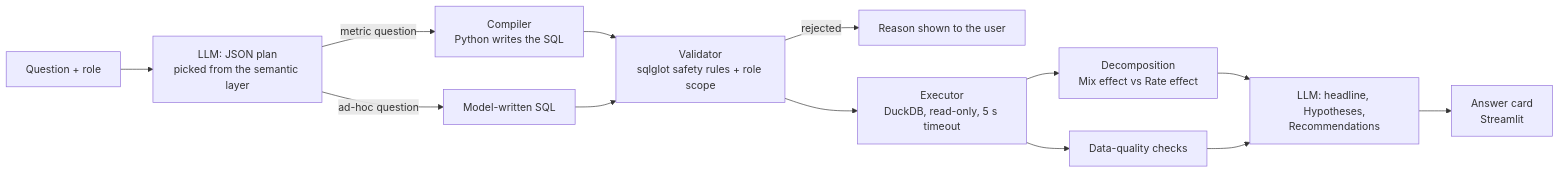
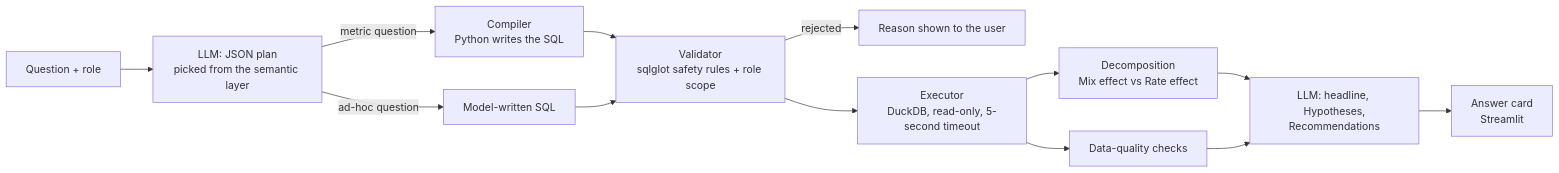
Before and after one commit to aaryan-pradhan/pinelabs-ai-analyst: the diagram in README.md, drawn with Mermaid. The commit also changed other lines of this file and 1 other file, not shown here.

````diff
--- a/README.md
+++ b/README.md
@@ -30,15 +30,15 @@
 ```mermaid
 flowchart LR
     Q[Question + role] --> P[LLM: JSON plan<br/>picked from the semantic layer]
     P -->|metric question| C[Compiler<br/>Python writes the SQL]
     P -->|ad-hoc question| A[Model-written SQL]
     C --> V[Validator<br/>sqlglot safety rules + role scope]
     A --> V
     V -->|rejected| R[Reason shown to the user]
-    V --> E[Executor<br/>DuckDB, read-only, 5 s timeout]
+    V --> E[Executor<br/>DuckDB, read-only, 5-second timeout]
     E --> D[Decomposition<br/>Mix effect vs Rate effect]
     E --> DQ[Data-quality checks]
     D --> N[LLM: headline, Hypotheses,<br/>Recommendations]
     DQ --> N
     N --> UI[Answer card<br/>Streamlit]
 ```
````
